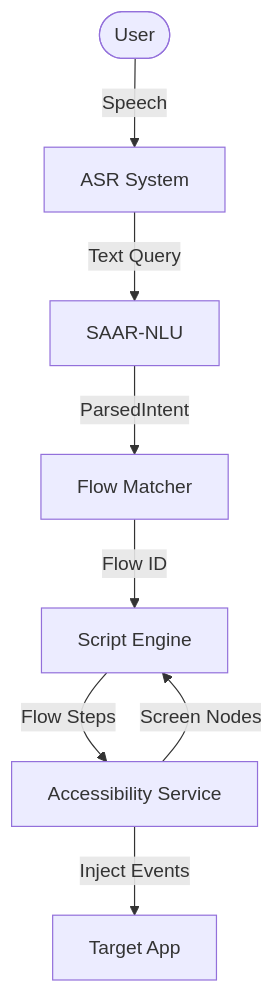
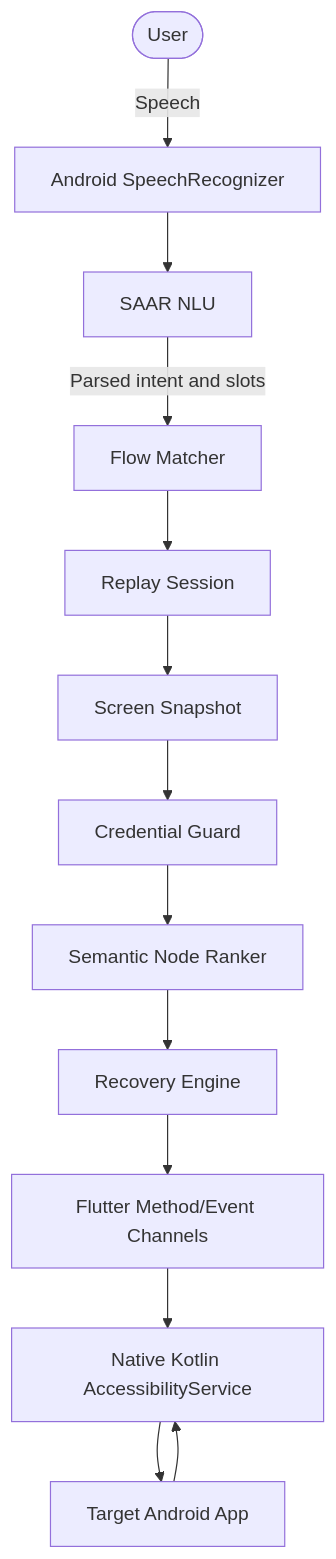
One commit to Lesgo-HQ/PRISM_GENAI_HACKATHON_Y2026 changed the diagram in README.md. Above: the diagram before and after it, drawn with Mermaid. The commit also changed other lines of this file and 3 other files, not shown here.

````diff
--- a/README.md
+++ b/README.md
@@ -232,10 +90,15 @@
 ```mermaid
 flowchart TD
-    User([User]) -->|Speech| ASR[ASR System]
-    ASR -->|Text Query| NLU[SAAR-NLU]
-    NLU -->|ParsedIntent| FM[Flow Matcher]
-    FM -->|Flow ID| SE[Script Engine]
-    SE -->|Flow Steps| AS[Accessibility Service]
-    AS -->|Inject Events| App[Target App]
-    AS -->|Screen Nodes| SE
+    User([User]) -->|Speech| ASR[Android SpeechRecognizer]
+    ASR --> NLU[SAAR NLU]
+    NLU -->|Parsed intent and slots| Matcher[Flow Matcher]
+    Matcher --> Session[Replay Session]
+    Session --> Snapshot[Screen Snapshot]
+    Snapshot --> Guard[Credential Guard]
+    Guard --> Ranker[Semantic Node Ranker]
+    Ranker --> Recovery[Recovery Engine]
+    Recovery --> Bridge[Flutter Method/Event Channels]
+    Bridge --> Service[Native Kotlin AccessibilityService]
+    Service --> Target[Target Android App]
+    Target --> Service
 ```
````
